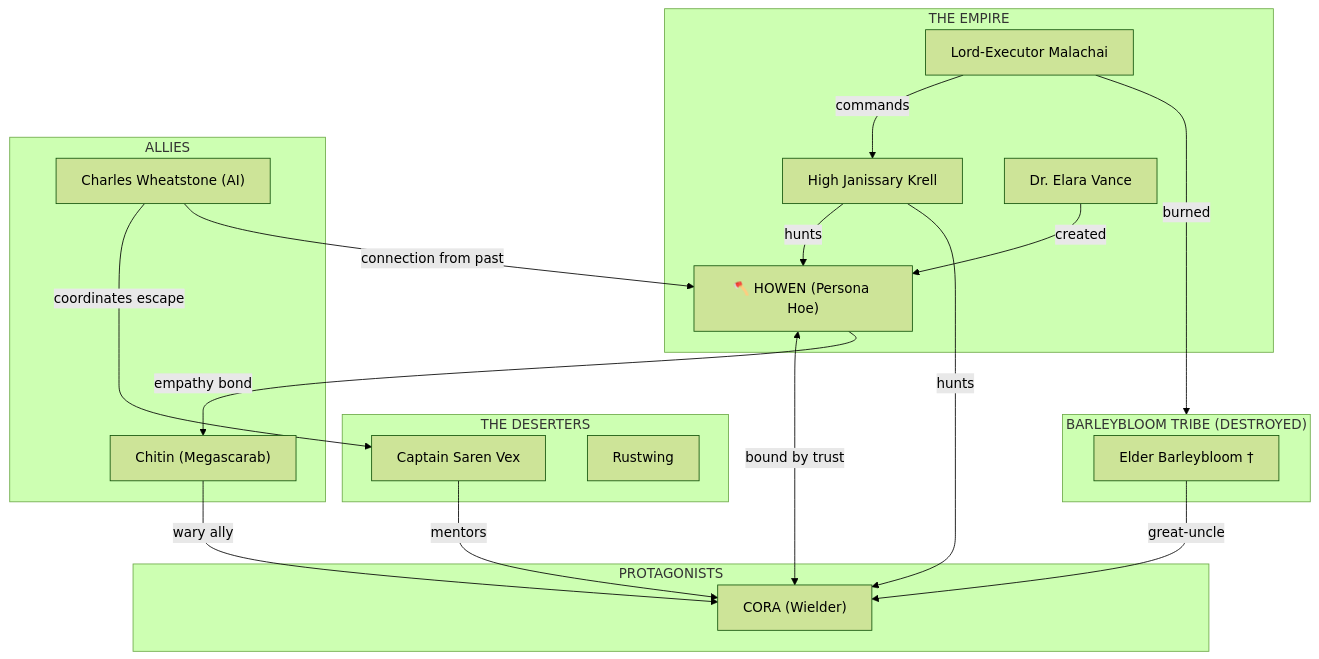
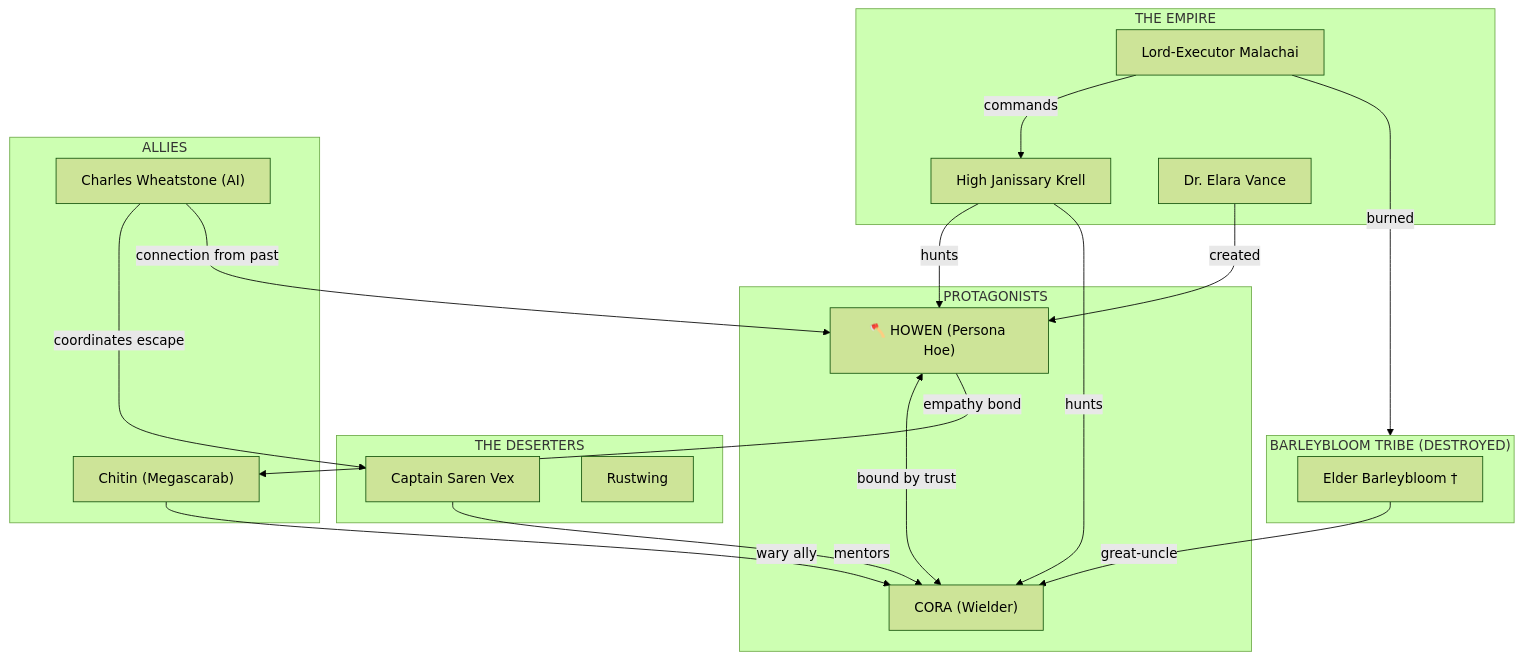
Before and after one commit to lizelive/That-Time-I-Reincarnated-as-a-Hoe: the first of 3 diagrams in wiki/characters/relationships.md, drawn with Mermaid (forest theme). The commit also changed other lines of this file, not shown here.

First line of the commit message:
Fix duplicate Protagonists subgraph in relationships.md

````diff
--- a/wiki/characters/relationships.md
+++ b/wiki/characters/relationships.md
@@ -11,41 +11,41 @@
 ```mermaid
 flowchart TB
+    subgraph Protagonists["PROTAGONISTS"]
+        Howen["🪓 HOWEN (Persona Hoe)"]
+        Cora["CORA (Wielder)"]
+        Howen <-->|bound by trust| Cora
+    end
+
     subgraph Empire["THE EMPIRE"]
         Malachai["Lord-Executor Malachai"]
         Krell["High Janissary Krell"]
         Vance["Dr. Elara Vance"]
         Malachai -->|commands| Krell
         Vance -->|created| Howen
-    end
-
-    subgraph Protagonists["PROTAGONISTS"]
-        Howen["🪓 HOWEN (Persona Hoe)"]
-        Cora["CORA (Wielder)"]
-        Howen <-->|bound by trust| Cora
     end
 
     subgraph Allies["ALLIES"]
         Chitin["Chitin (Megascarab)"]
         Wheatstone["Charles Wheatstone (AI)"]
     end
 
     subgraph Deserters["THE DESERTERS"]
         Vex["Captain Saren Vex"]
         Rustwing["Rustwing"]
     end
 
     subgraph Barleybloom["BARLEYBLOOM TRIBE (DESTROYED)"]
         Elder["Elder Barleybloom †"]
     end
 
     %% Relationships
     Howen -->|empathy bond| Chitin
     Chitin -->|wary ally| Cora
     Krell -->|hunts| Howen
     Krell -->|hunts| Cora
     Vex -->|mentors| Cora
     Wheatstone -->|coordinates escape| Vex
     Wheatstone -->|connection from past| Howen
     Elder -->|great-uncle| Cora
     Malachai -->|burned| Barleybloom
 ```
````
